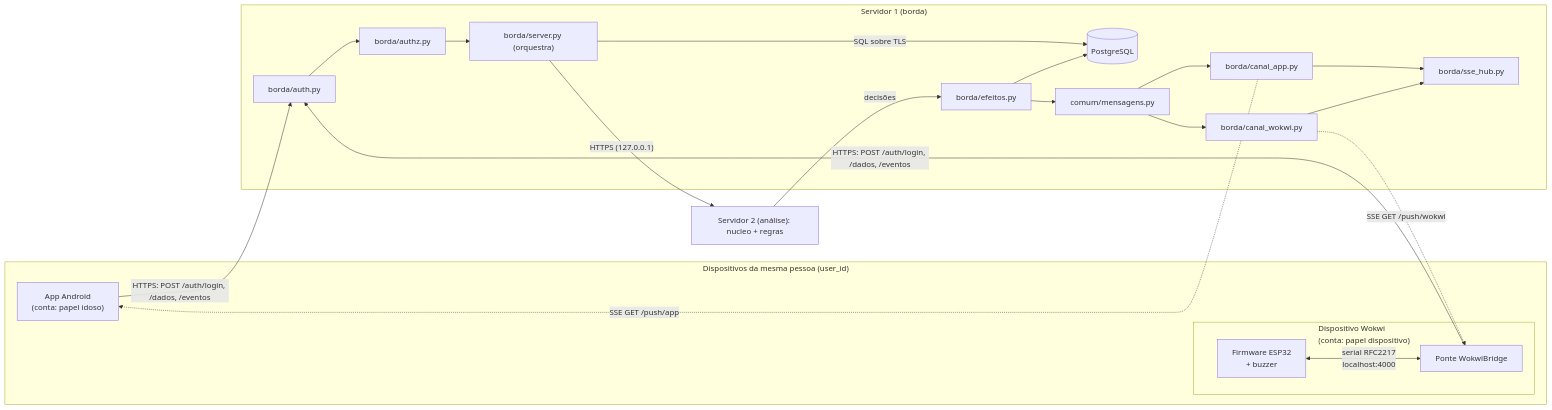
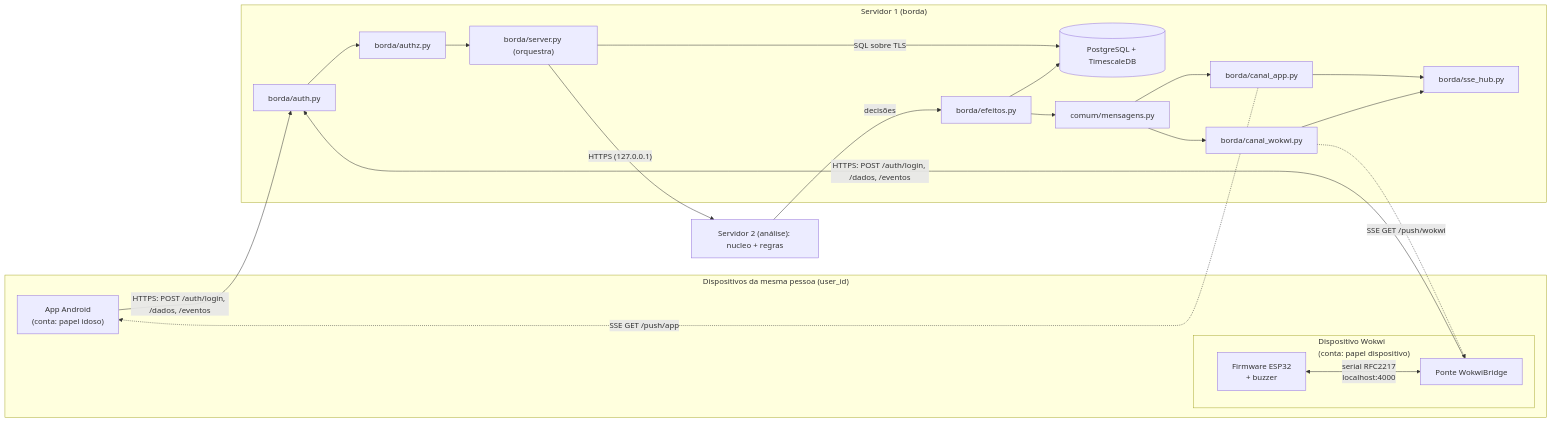
One commit to UFG-INF-SSU-2026/Flow changed the first of 5 diagrams in docs/arquitetura.md. Above: the diagram before and after it, drawn with Mermaid. The commit also changed other lines of this file and 5 other files, not shown here.

````diff
--- a/docs/arquitetura.md
+++ b/docs/arquitetura.md
@@ -100,38 +100,38 @@
 ```mermaid
 flowchart LR
     subgraph Disp["Dispositivos da mesma pessoa (user_id)"]
         APP["App Android<br/>(conta: papel idoso)"]
         subgraph WK["Dispositivo Wokwi<br/>(conta: papel dispositivo)"]
             ESP["Firmware ESP32<br/>+ buzzer"]
             BR["Ponte WokwiBridge"]
             ESP <-->|"serial RFC2217<br/>localhost:4000"| BR
         end
     end
 
     subgraph SRV["Servidor 1 (borda)"]
         AUTH["borda/auth.py"]
         AUTHZ["borda/authz.py"]
         SRVP["borda/server.py (orquestra)"]
         EF["borda/efeitos.py"]
-        DB[("PostgreSQL")]
+        DB[("PostgreSQL + TimescaleDB")]
         MSG["comum/mensagens.py"]
         CA["borda/canal_app.py"]
         CW["borda/canal_wokwi.py"]
         HUB["borda/sse_hub.py"]
         CA --> HUB
         CW --> HUB
     end
 
     APP -->|"HTTPS: POST /auth/login, /dados, /eventos"| AUTH
     BR  -->|"HTTPS: POST /auth/login, /dados, /eventos"| AUTH
     AUTH --> AUTHZ --> SRVP
     SRVP -->|"HTTPS (127.0.0.1)"| RQ["Servidor 2 (análise): nucleo + regras"]
     RQ -->|"decisões"| EF
     SRVP -->|"SQL sobre TLS"| DB
     EF --> DB
     EF --> MSG
     MSG --> CA
     MSG --> CW
     CA -.->|"SSE GET /push/app"| APP
     CW -.->|"SSE GET /push/wokwi"| BR
 ```
````
